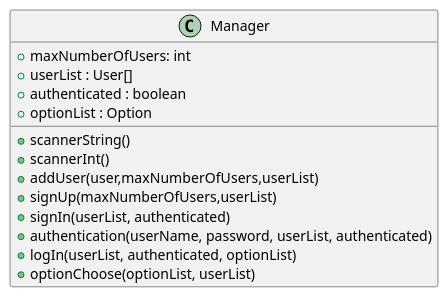
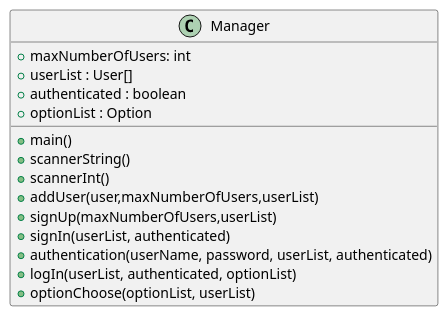
The diagram in ejercicios/entregas/diegoGarcía/EX002UserManagement/docs/Manager.puml (mmasias/progra2-22-23), drawn with PlantUML before and after one commit. The commit also changed 4 other files, not shown here.

```diff
--- a/ejercicios/entregas/diegoGarcía/EX002UserManagement/docs/Manager.puml
+++ b/ejercicios/entregas/diegoGarcía/EX002UserManagement/docs/Manager.puml
@@ -1,18 +1,19 @@
 @startuml
 class Manager{
     + maxNumberOfUsers: int
     + userList : User[]
     + authenticated : boolean
     + optionList : Option
 
+    + main()
     + scannerString()
     + scannerInt()
     + addUser(user,maxNumberOfUsers,userList)
     + signUp(maxNumberOfUsers,userList)
     + signIn(userList, authenticated)
     + authentication(userName, password, userList, authenticated)
     + logIn(userList, authenticated, optionList)
     + optionChoose(optionList, userList)
 }
 
 @enduml
```
